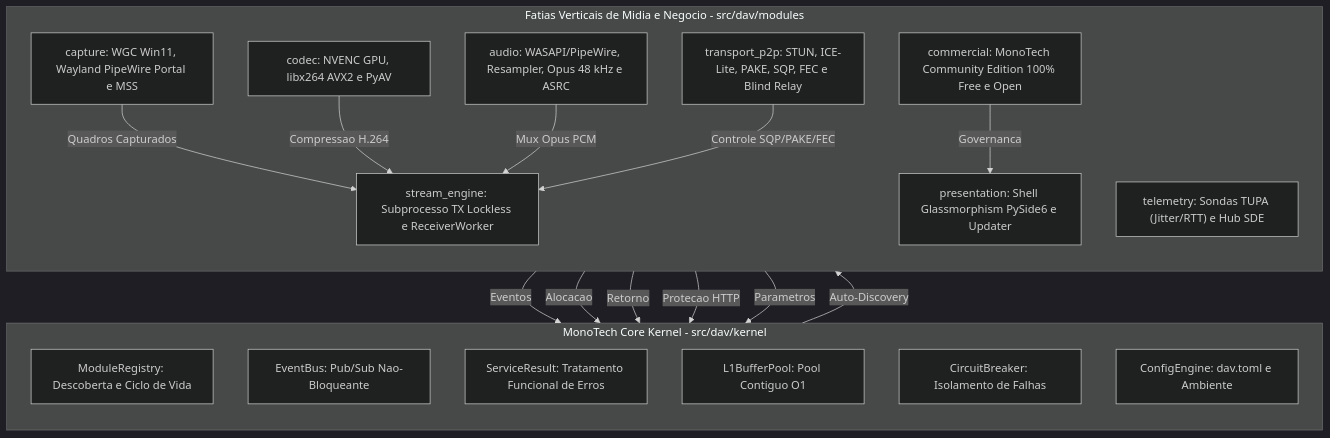
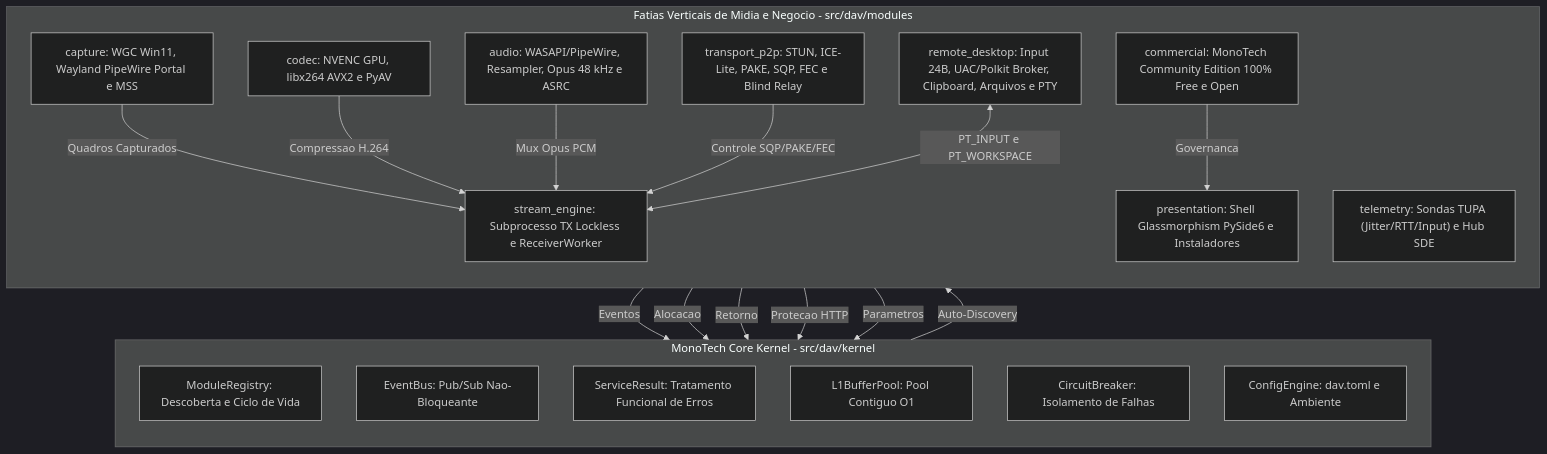
Before and after one commit to DanteFerraz/DA-V__Distribuidor_Aamplo-Video: the first of 3 diagrams in README.md, drawn with Mermaid (dark theme). The commit also changed other lines of this file and 51 other files, not shown here.

````diff
--- a/README.md
+++ b/README.md
@@ -37,36 +37,38 @@
 ```mermaid
 flowchart TB
     subgraph KERNEL["MonoTech Core Kernel - src/dav/kernel"]
         direction TB
         REG["ModuleRegistry: Descoberta e Ciclo de Vida"]
         BUS["EventBus: Pub/Sub Nao-Bloqueante"]
         RES["ServiceResult: Tratamento Funcional de Erros"]
         POOL["L1BufferPool: Pool Contiguo O1"]
         CB["CircuitBreaker: Isolamento de Falhas"]
         CONF["ConfigEngine: dav.toml e Ambiente"]
     end
 
     subgraph SLICES["Fatias Verticais de Midia e Negocio - src/dav/modules"]
         direction TB
         CAP["capture: WGC Win11, Wayland PipeWire Portal e MSS"]
         COD["codec: NVENC GPU, libx264 AVX2 e PyAV"]
         NET["transport_p2p: STUN, ICE-Lite, PAKE, SQP, FEC e Blind Relay"]
         AUD["audio: WASAPI/PipeWire, Resampler, Opus 48 kHz e ASRC"]
         ENG["stream_engine: Subprocesso TX Lockless e ReceiverWorker"]
+        REM["remote_desktop: Input 24B, UAC/Polkit Broker, Clipboard, Arquivos e PTY"]
         COM["commercial: MonoTech Community Edition 100% Free e Open"]
-        TEL["telemetry: Sondas TUPA (Jitter/RTT) e Hub SDE"]
-        UI["presentation: Shell Glassmorphism PySide6 e Updater"]
+        TEL["telemetry: Sondas TUPA (Jitter/RTT/Input) e Hub SDE"]
+        UI["presentation: Shell Glassmorphism PySide6 e Instaladores"]
     end
 
     REG -->|"Auto-Discovery"| ENG
     CAP -->|"Quadros Capturados"| ENG
     COD -->|"Compressao H.264"| ENG
     AUD -->|"Mux Opus PCM"| ENG
     NET -->|"Controle SQP/PAKE/FEC"| ENG
+    REM <-->|"PT_INPUT e PT_WORKSPACE"| ENG
     ENG -->|"Eventos"| BUS
     ENG -->|"Alocacao"| POOL
     ENG -->|"Retorno"| RES
     TEL -->|"Protecao HTTP"| CB
     UI -->|"Parametros"| CONF
     COM -->|"Governanca"| UI
 ```
````
